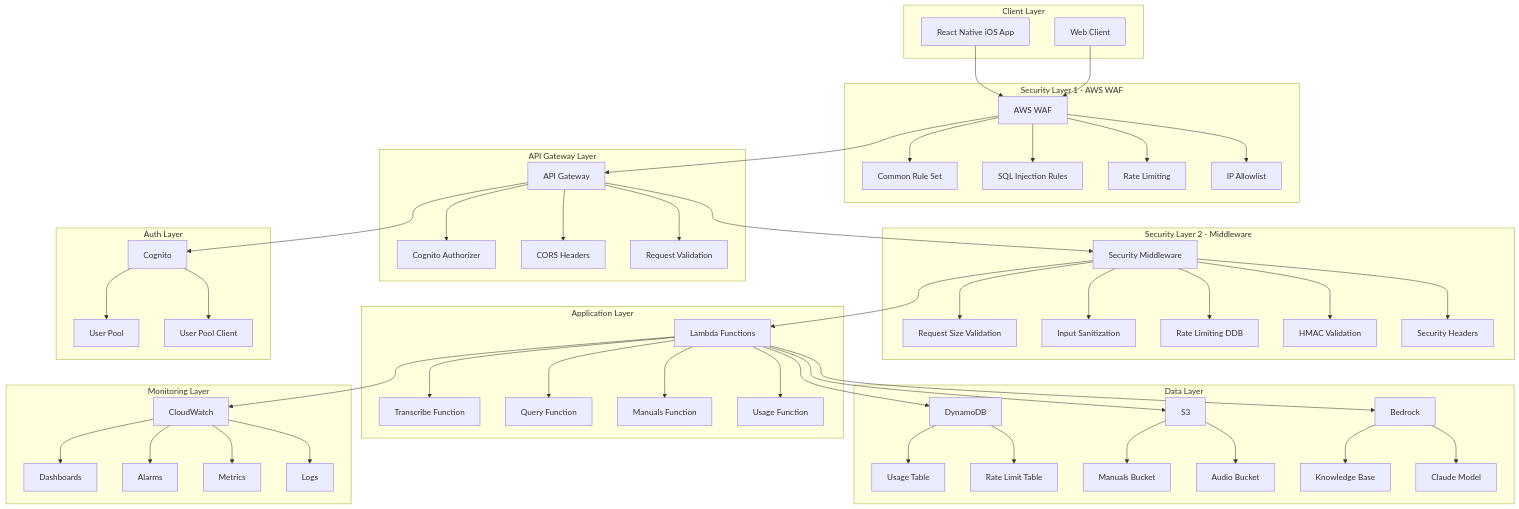
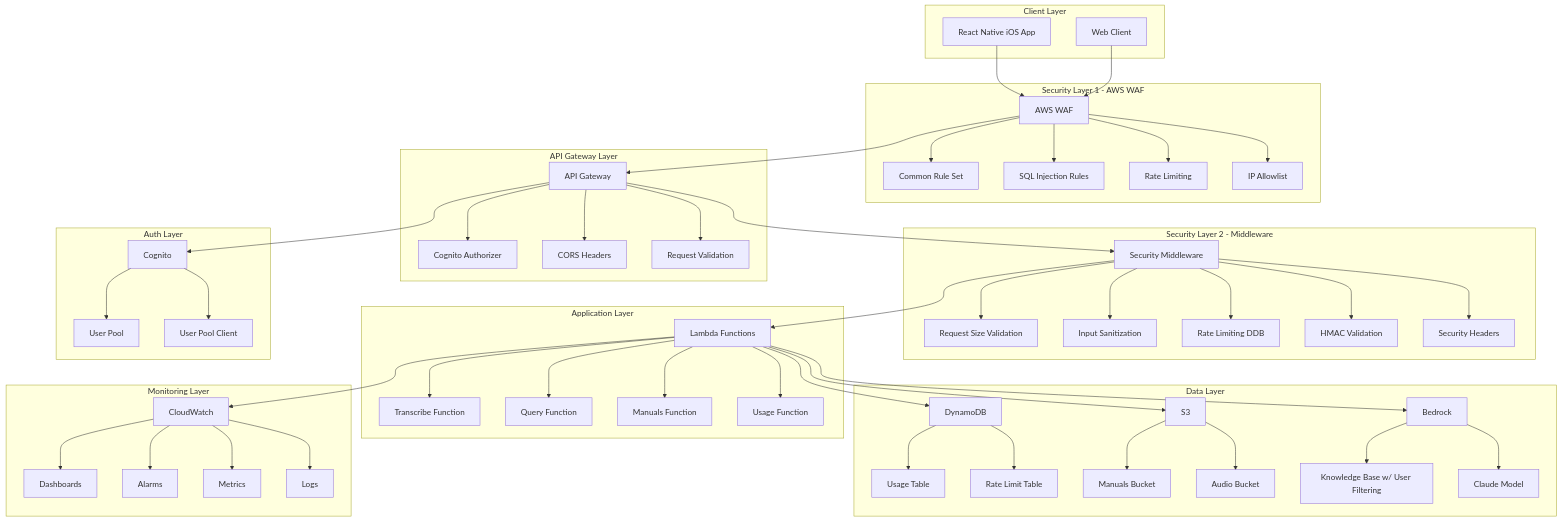
One commit to a1o1/manuel changed the first of 10 diagrams in backend/README.md. Above: the diagram before and after it, drawn with Mermaid. The commit also changed other lines of this file and 6 other files, not shown here.

```diff
--- a/backend/README.md
+++ b/backend/README.md
@@ -23,7 +29,7 @@
         A[React Native iOS App]
         B[Web Client]
     end
-    
+
     subgraph "Security Layer 1 - AWS WAF"
         C[AWS WAF]
         C1[Common Rule Set]
@@ -35,7 +41,7 @@
         C --> C3
         C --> C4
     end
-    
+
     subgraph "API Gateway Layer"
         D[API Gateway]
         D1[Cognito Authorizer]
@@ -45,7 +51,7 @@
         D --> D2
         D --> D3
     end
-    
+
     subgraph "Security Layer 2 - Middleware"
         E[Security Middleware]
         E1[Request Size Validation]
@@ -59,7 +65,7 @@
         E --> E4
         E --> E5
     end
-    
+
     subgraph "Application Layer"
         F[Lambda Functions]
         F1[Transcribe Function]
@@ -71,7 +77,7 @@
         F --> F3
         F --> F4
     end
-    
+
     subgraph "Data Layer"
         G[DynamoDB]
         G1[Usage Table]
@@ -80,7 +86,7 @@
         H1[Manuals Bucket]
         H2[Audio Bucket]
         I[Bedrock]
-        I1[Knowledge Base]
+        I1[Knowledge Base w/ User Filtering]
         I2[Claude Model]
         G --> G1
         G --> G2
@@ -89,7 +95,7 @@
         I --> I1
         I --> I2
     end
-    
+
     subgraph "Auth Layer"
         J[Cognito]
         J1[User Pool]
@@ -97,7 +103,7 @@
         J --> J1
         J --> J2
     end
-    
+
     subgraph "Monitoring Layer"
         K[CloudWatch]
         K1[Dashboards]
@@ -109,7 +115,7 @@
         K --> K3
         K --> K4
     end
-    
+
     A --> C
     B --> C
     C --> D
```
